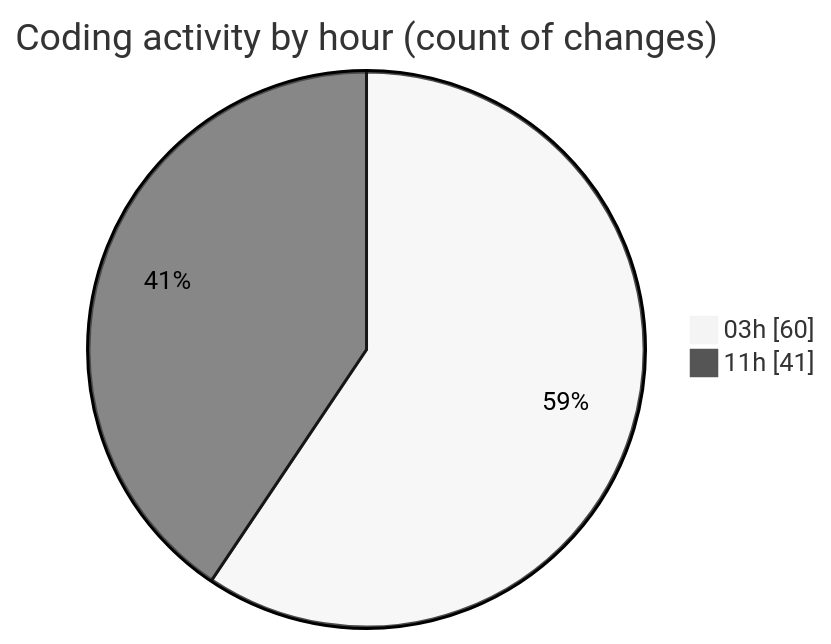
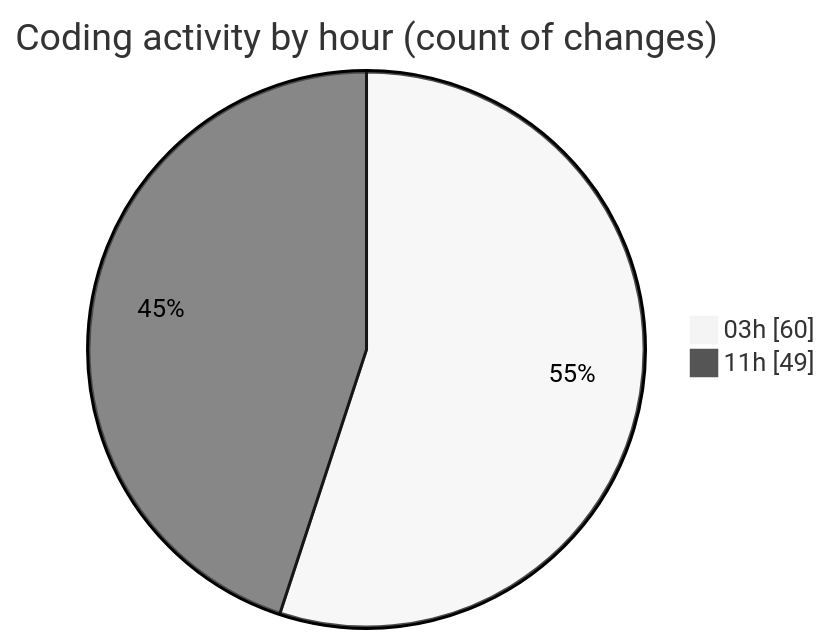
One commit to Ritupan-Deka/code-tracking changed the second of 2 diagrams in 2025-07-02/mern-thinkboard/README.md. Above: the diagram before and after it, drawn with Mermaid (neutral theme). The commit also changed other lines of this file and 1 other file, not shown here.

````diff
--- a/2025-07-02/mern-thinkboard/README.md
+++ b/2025-07-02/mern-thinkboard/README.md
@@ -32,6 +32,6 @@
 ```mermaid
 pie showData
 title Coding activity by hour (count of changes)
 "03h" : 60
-"11h" : 41
+"11h" : 49
 ```
````
